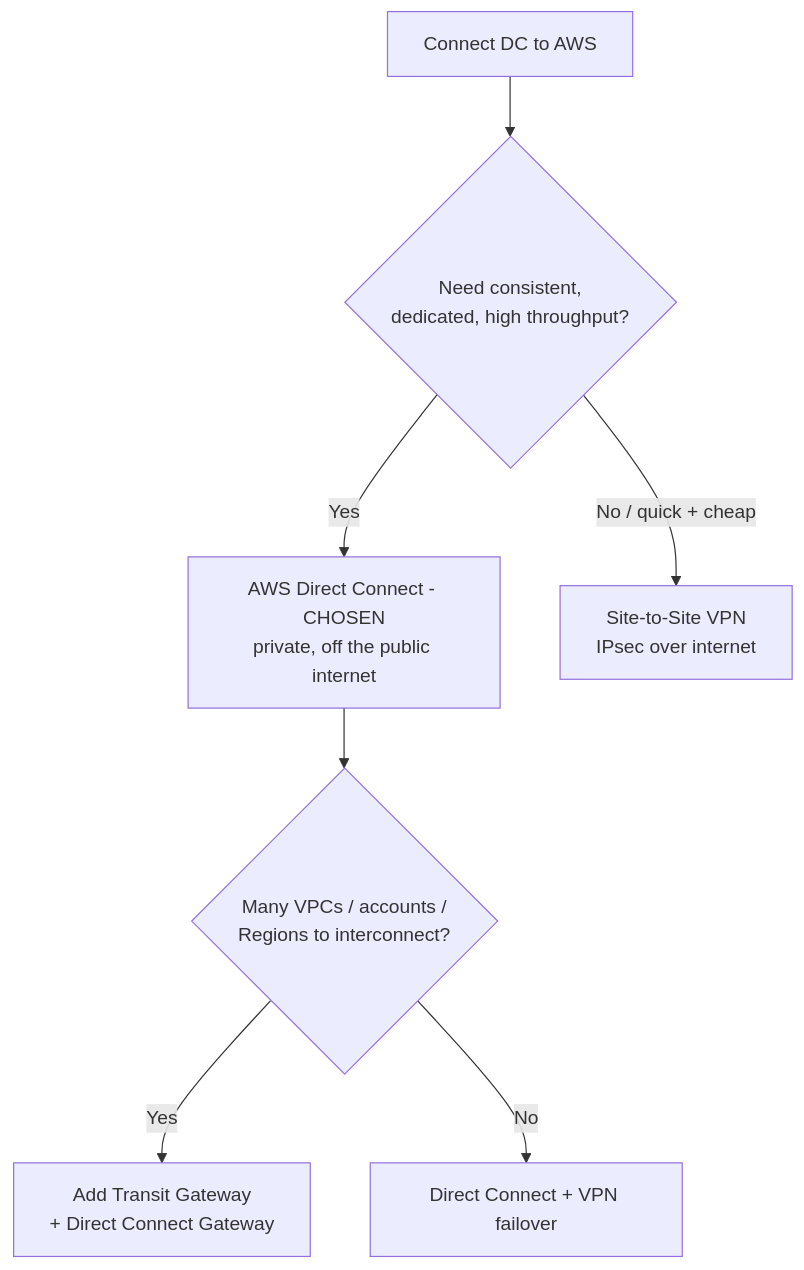
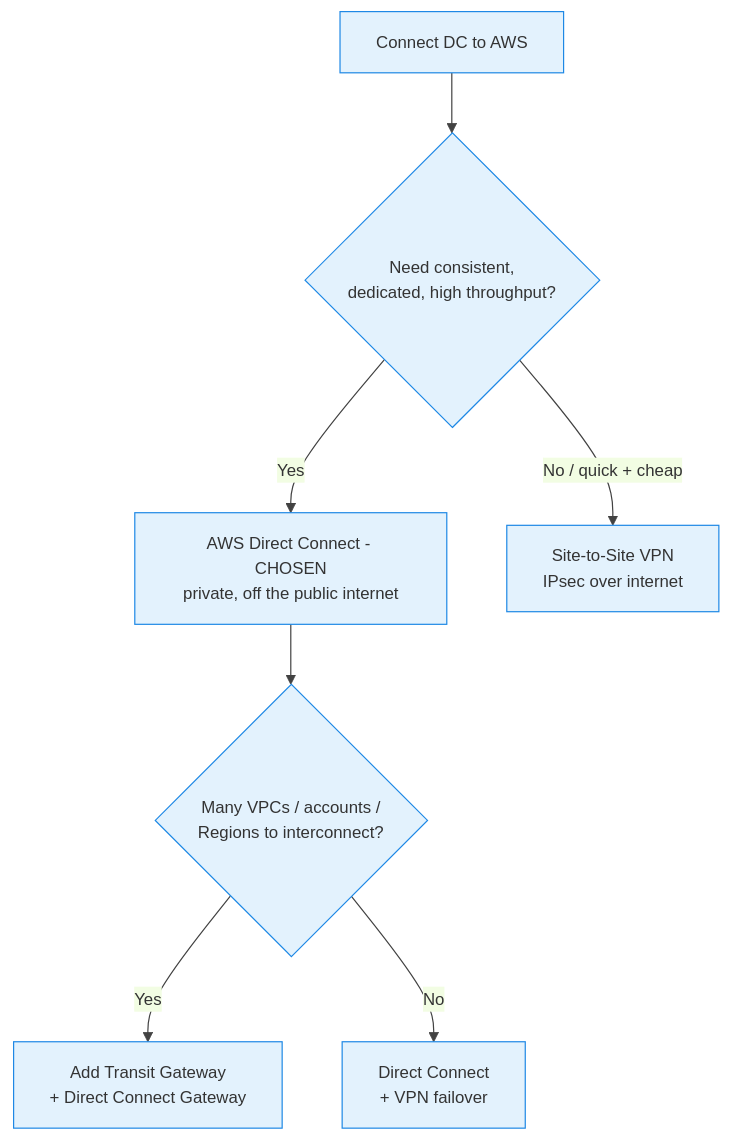
Before and after one commit to senthilkumarm1901/learn_by_blogging: the fourth of 26 diagrams in aws_cloud_technical_essentials_book/12-hybrid-container-workloads.qmd, drawn with Mermaid. The commit also changed other lines of this file and 3 other files, not shown here.

Commit message:
updated diagrams, business cases used

````diff
--- a/aws_cloud_technical_essentials_book/12-hybrid-container-workloads.qmd
+++ b/aws_cloud_technical_essentials_book/12-hybrid-container-workloads.qmd
@@ -111,9 +132,10 @@
 ```{mermaid}
+%%{init: {'theme': 'base', 'themeVariables': {'primaryColor': '#E3F2FD', 'primaryBorderColor': '#1E88E5', 'lineColor': '#424242', 'fontSize': '14px'}}}%%
 flowchart TD
     Q0["Connect DC to AWS"] --> Q1{"Need consistent,<br>dedicated, high throughput?"}
     Q1 -->|Yes| DX["AWS Direct Connect - CHOSEN<br>private, off the public internet"]
     Q1 -->|"No / quick + cheap"| VPN["Site-to-Site VPN<br>IPsec over internet"]
     DX --> Q2{"Many VPCs / accounts /<br>Regions to interconnect?"}
     Q2 -->|Yes| TGW["Add Transit Gateway<br>+ Direct Connect Gateway"]
-    Q2 -->|No| DONE["Direct Connect + VPN failover"]
+    Q2 -->|No| DONE["Direct Connect<br>+ VPN failover"]
 ```
````
